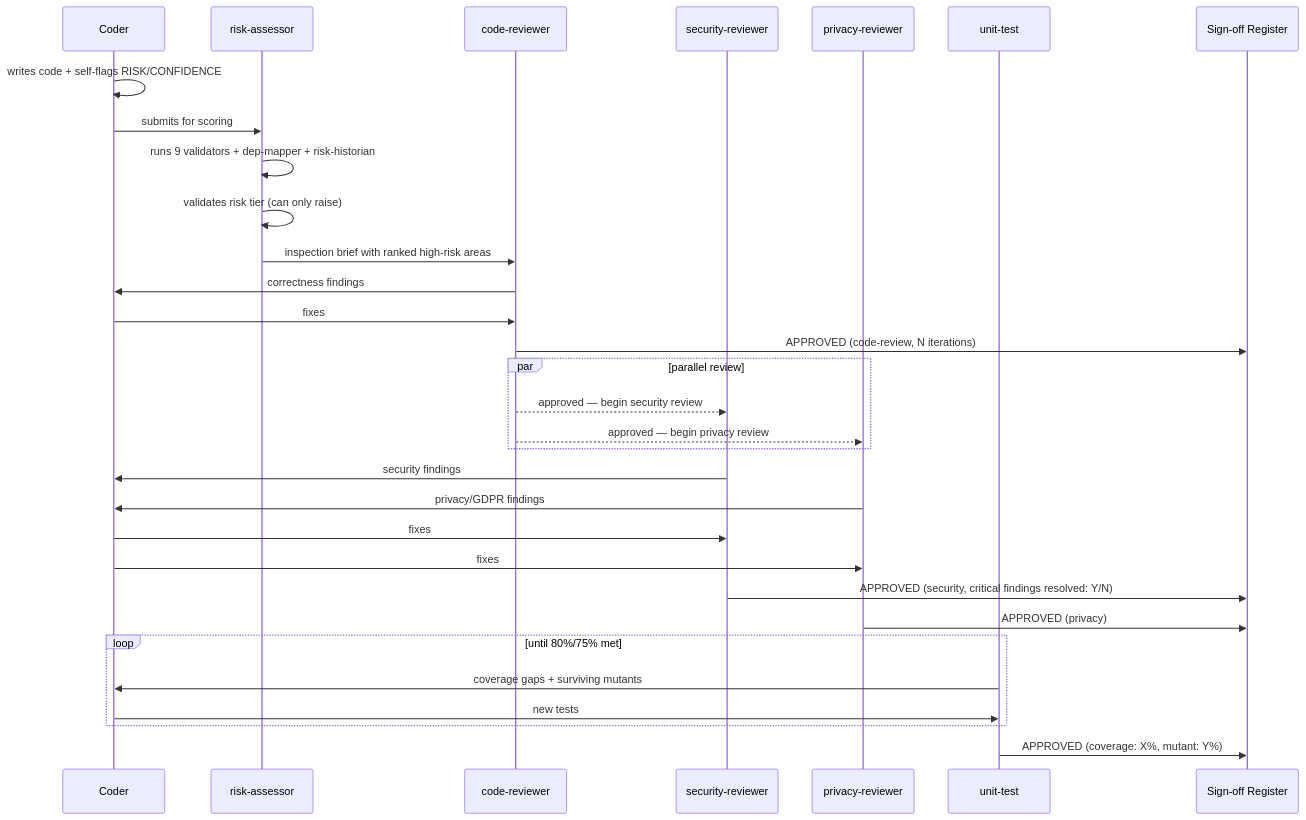
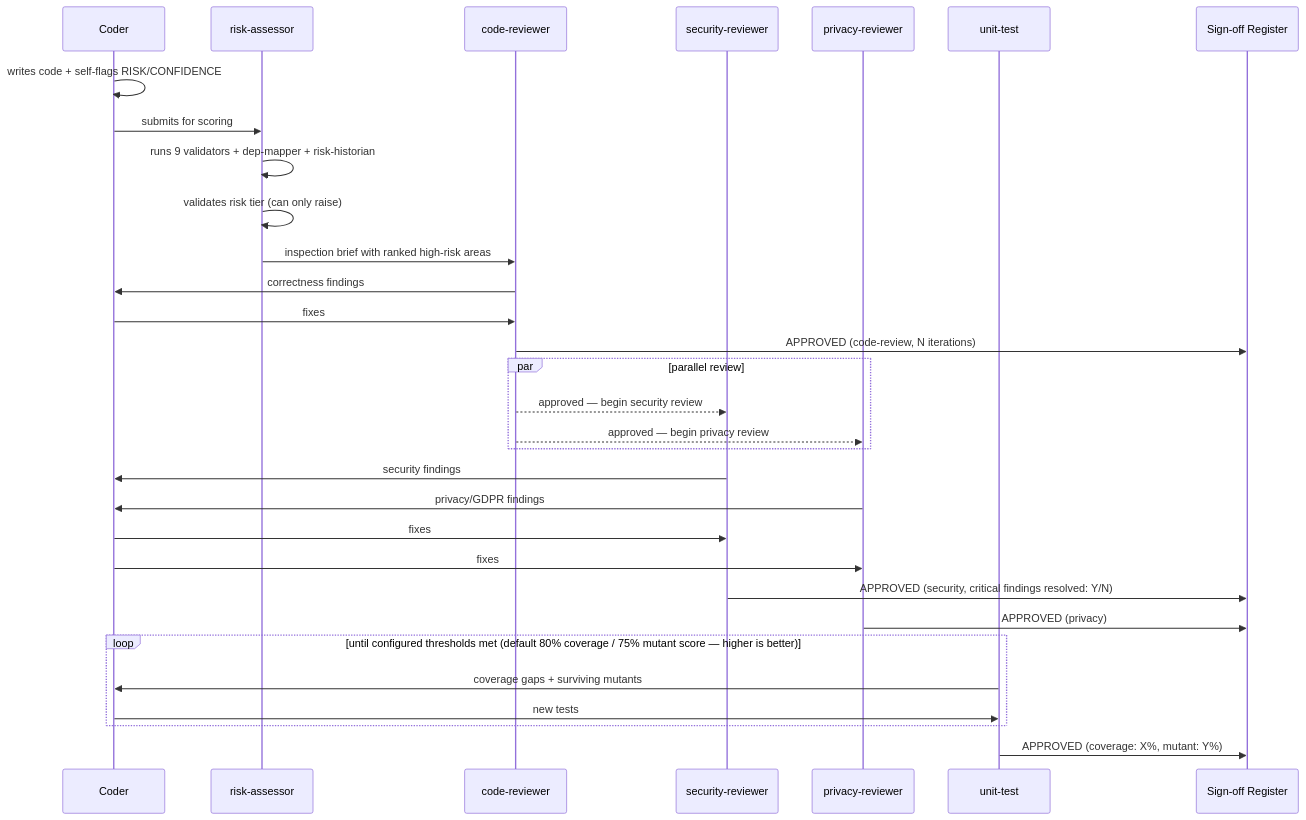
The third of 8 diagrams in ARCHITECTURE.md (thurlow-research/HumanOversightSystem), drawn with Mermaid before and after one commit. The commit also changed other lines of this file and 4 other files, not shown here.

````diff
--- a/ARCHITECTURE.md
+++ b/ARCHITECTURE.md
@@ -197,34 +234,34 @@
 ```mermaid
 sequenceDiagram
     participant C as Coder
     participant RA as risk-assessor
     participant CR as code-reviewer
     participant SR as security-reviewer
     participant PR as privacy-reviewer
     participant UT as unit-test
     participant REG as Sign-off Register
 
     C->>C: writes code + self-flags RISK/CONFIDENCE
     C->>RA: submits for scoring
     RA->>RA: runs 9 validators + dep-mapper + risk-historian
     RA->>RA: validates risk tier (can only raise)
     RA->>CR: inspection brief with ranked high-risk areas
     CR->>C: correctness findings
     C->>CR: fixes
     CR->>REG: APPROVED (code-review, N iterations)
     par parallel review
         CR-->>SR: approved — begin security review
         CR-->>PR: approved — begin privacy review
     end
     SR->>C: security findings
     PR->>C: privacy/GDPR findings
     C->>SR: fixes
     C->>PR: fixes
     SR->>REG: APPROVED (security, critical findings resolved: Y/N)
     PR->>REG: APPROVED (privacy)
-    loop until 80%/75% met
+    loop until configured thresholds met (default 80% coverage / 75% mutant score — higher is better)
         UT->>C: coverage gaps + surviving mutants
         C->>UT: new tests
     end
     UT->>REG: APPROVED (coverage: X%, mutant: Y%)
 ```
````
